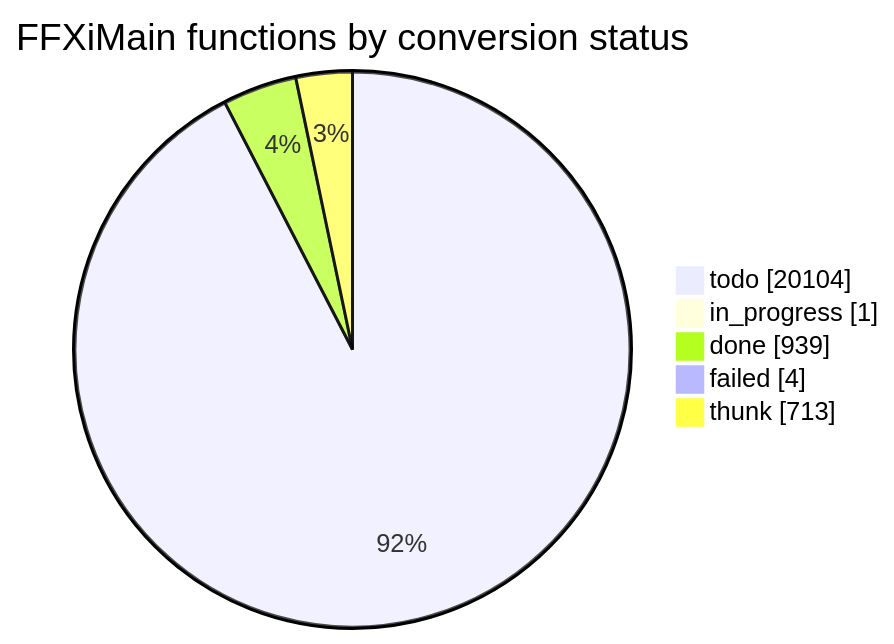
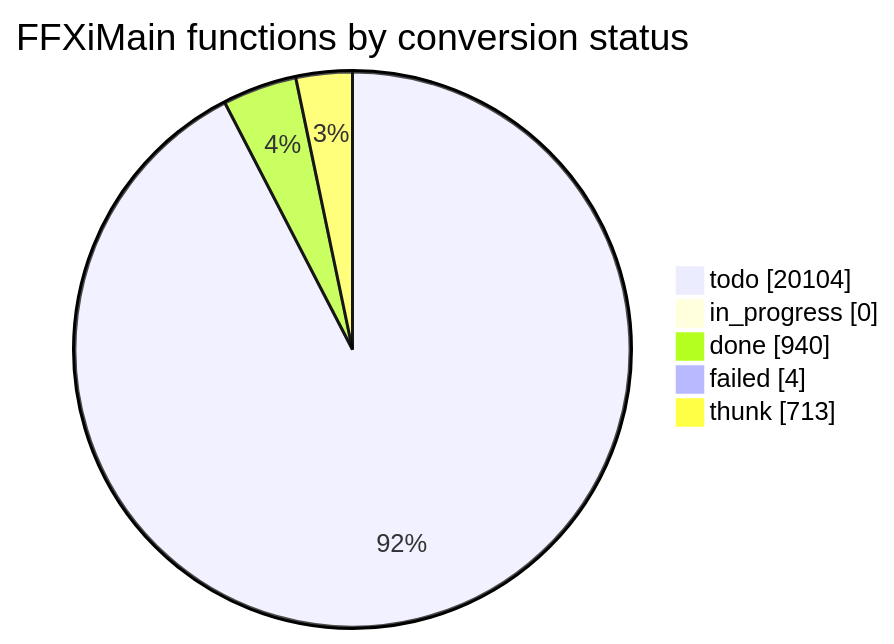
The diagram in docs/cow/STATUS.md (cowrevenge/cow_kuluu_xi_anything), drawn with Mermaid before and after one commit. The commit also changed other lines of this file and 9 other files, not shown here.

````diff
--- a/docs/cow/STATUS.md
+++ b/docs/cow/STATUS.md
@@ -18,9 +18,9 @@
 ```mermaid
 pie showData
     title FFXiMain functions by conversion status
     "todo" : 20104
-    "in_progress" : 1
-    "done" : 939
+    "in_progress" : 0
+    "done" : 940
     "failed" : 4
     "thunk" : 713
 ```
````
